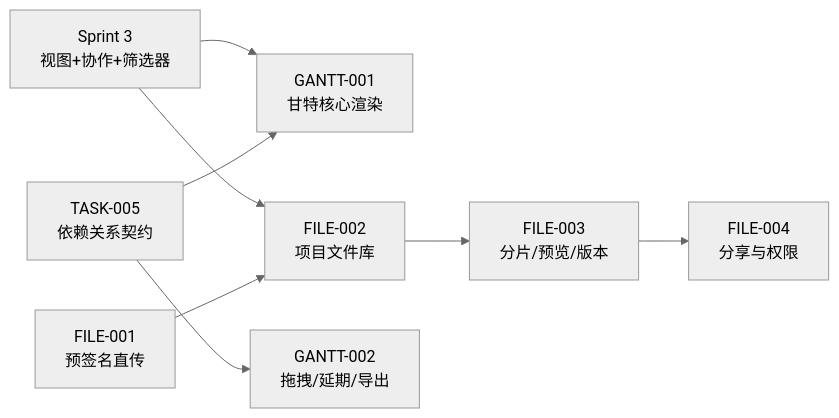
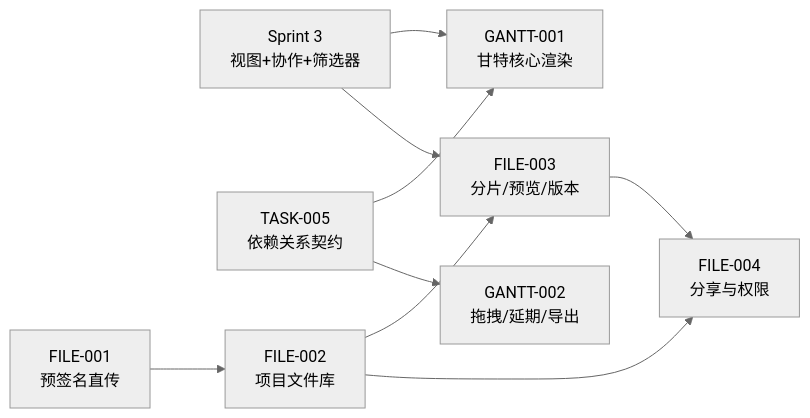
The first of 2 diagrams in docs/sprint-4-gantt-file/sprint-overview.md (RabbitAI-Lab/RabbitProjects), drawn with Mermaid (neutral theme) before and after one commit. The commit also changed other lines of this file and 6 other files, not shown here.

````diff
--- a/docs/sprint-4-gantt-file/sprint-overview.md
+++ b/docs/sprint-4-gantt-file/sprint-overview.md
@@ -20,10 +20,11 @@
 ```mermaid
 flowchart LR
     S3["Sprint 3<br/>视图+协作+筛选器"] --> G1["GANTT-001<br/>甘特核心渲染"]
-    S3 --> F2["FILE-002<br/>项目文件库"]
+    S3 --> F3["FILE-003<br/>分片/预览/版本"]
     T005["TASK-005<br/>依赖关系契约"] --> G1
     T005 --> G2["GANTT-002<br/>拖拽/延期/导出"]
-    F001["FILE-001<br/>预签名直传"] --> F2
-    F2 --> F3["FILE-003<br/>分片/预览/版本"]
-    F3 --> F4["FILE-004<br/>分享与权限"]
+    F001["FILE-001<br/>预签名直传"] --> F2["FILE-002<br/>项目文件库"]
+    F2 --> F3
+    F2 --> F4["FILE-004<br/>分享与权限"]
+    F3 --> F4
 ```
````
